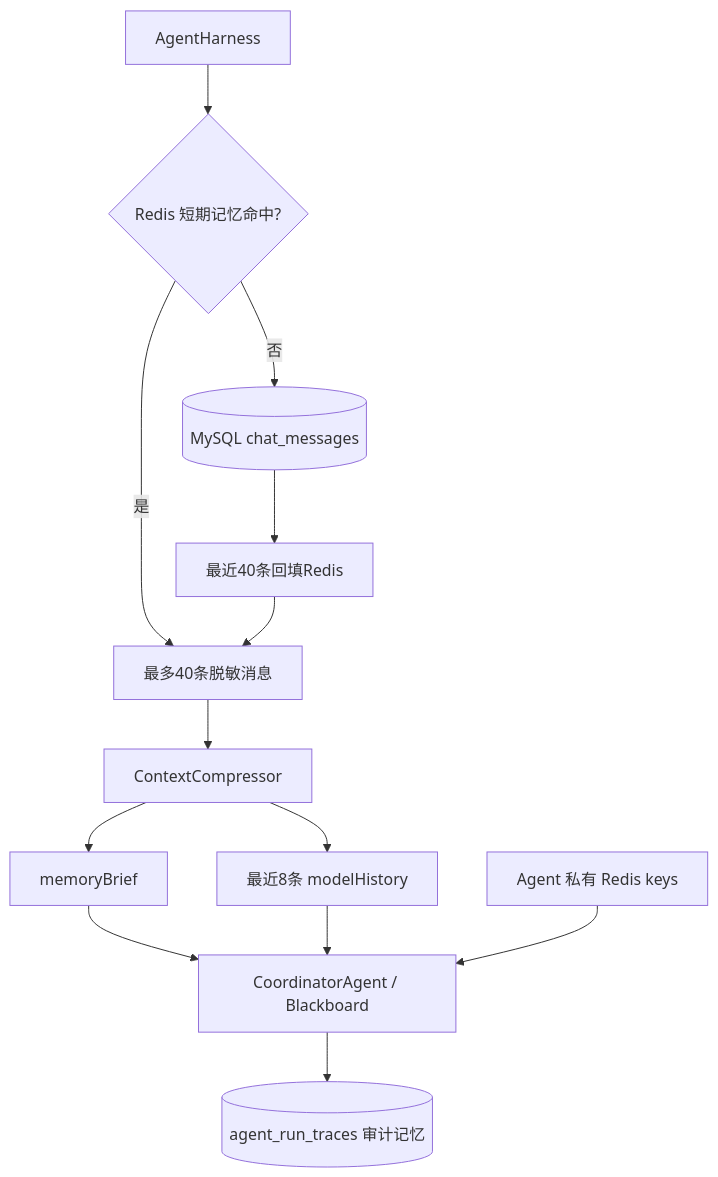
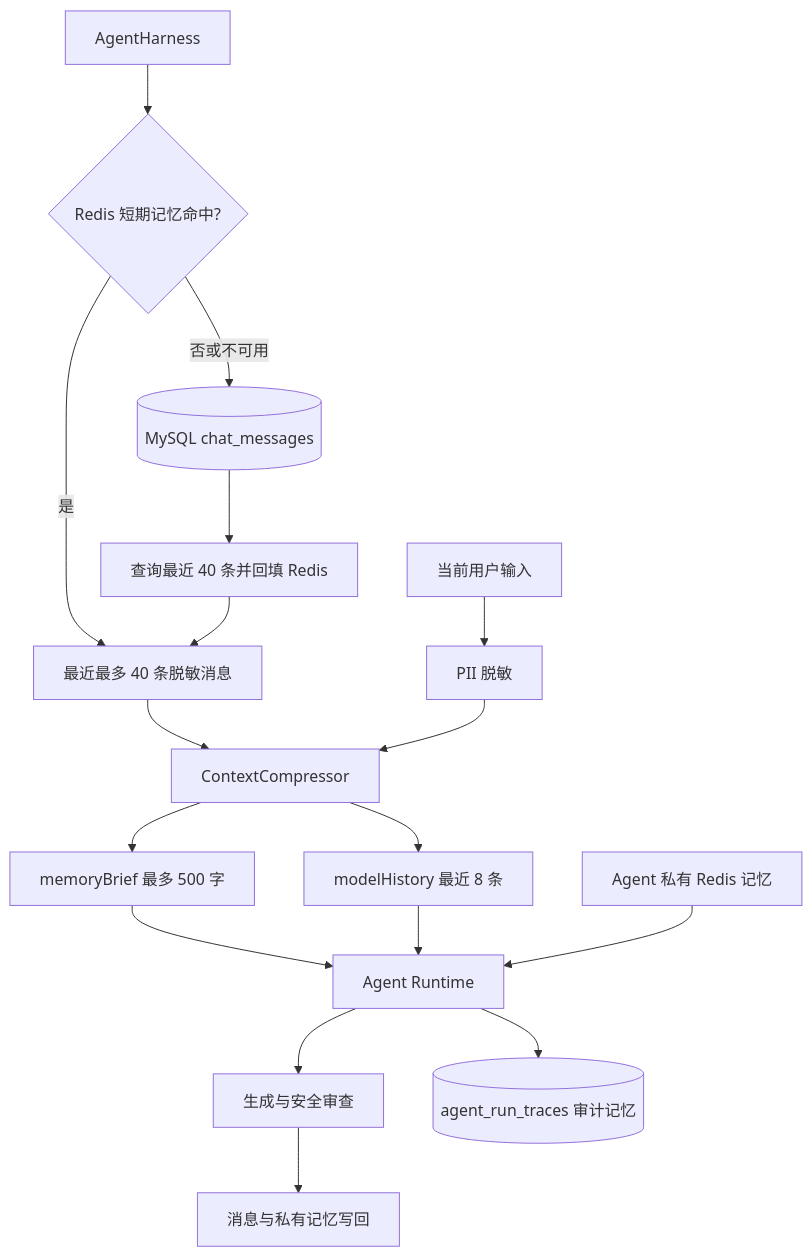
Before and after one commit to zlff003/MindNook: the diagram in docs/MEMORY.md, drawn with Mermaid. The commit also changed other lines of this file and 90 other files, not shown here.

````diff
--- a/docs/MEMORY.md
+++ b/docs/MEMORY.md
@@ -21,15 +24,19 @@
 ```mermaid
 flowchart TD
+    Input[当前用户输入] --> Redact[PII 脱敏]
     Harness[AgentHarness] --> Redis{Redis 短期记忆命中?}
-    Redis -->|是| Window[最多40条脱敏消息]
-    Redis -->|否| MySQL[(MySQL chat_messages)]
-    MySQL --> Backfill[最近40条回填Redis]
+    Redis -->|是| Window[最近最多 40 条脱敏消息]
+    Redis -->|否或不可用| MySQL[(MySQL chat_messages)]
+    MySQL --> Backfill[查询最近 40 条并回填 Redis]
     Backfill --> Window
     Window --> Compress[ContextCompressor]
-    Compress --> Brief[memoryBrief]
-    Compress --> History[最近8条 modelHistory]
-    Brief --> Runtime[CoordinatorAgent / Blackboard]
+    Redact --> Compress
+    Compress --> Brief[memoryBrief 最多 500 字]
+    Compress --> History[modelHistory 最近 8 条]
+    Brief --> Runtime[Agent Runtime]
     History --> Runtime
-    Private[Agent 私有 Redis keys] --> Runtime
+    Private[Agent 私有 Redis 记忆] --> Runtime
+    Runtime --> Response[生成与安全审查]
+    Response --> Persist[消息与私有记忆写回]
     Runtime --> Trace[(agent_run_traces 审计记忆)]
 ```
````
